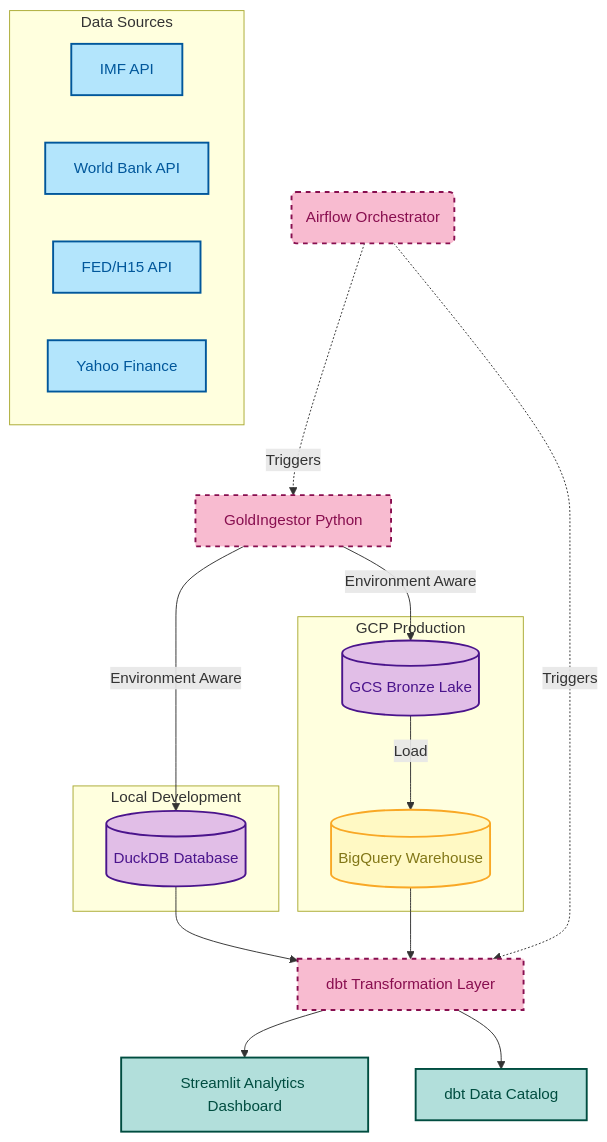
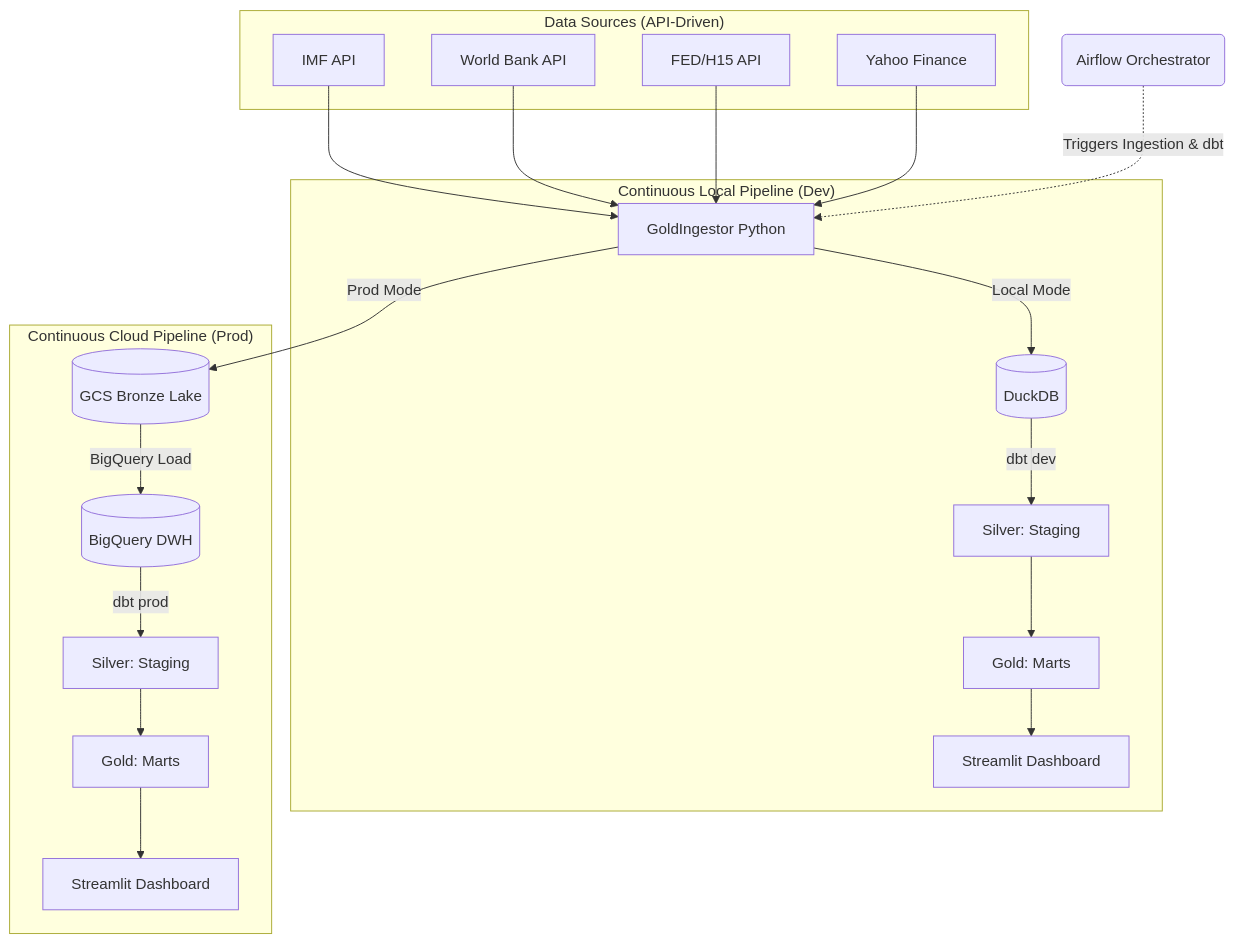
One commit to flo-kaiser/data_engineering_project changed the diagram in README.md. Above: the diagram before and after it, drawn with Mermaid. The commit also changed other lines of this file, not shown here.

Commit message:
docs: update readme structure and terminology

````diff
--- a/README.md
+++ b/README.md
@@ -23,39 +23,28 @@
 ```mermaid
 graph TD
-    classDef source fill:#b3e5fc,stroke:#01579b,stroke-width:2px,color:#01579b;
-    classDef lake fill:#e1bee7,stroke:#4a148c,stroke-width:2px,color:#4a148c;
-    classDef warehouse fill:#fff9c4,stroke:#f9a825,stroke-width:2px,color:#827717;
-    classDef orchestration fill:#f8bbd0,stroke:#880e4f,stroke-width:2px,color:#880e4f,stroke-dasharray: 5 5;
-    classDef viz fill:#b2dfdb,stroke:#004d40,stroke-width:2px,color:#004d40;
-
-    subgraph External_APIs [Data Sources]
-        IMF[IMF API]:::source
-        WB[World Bank API]:::source
-        FED[FED/H15 API]:::source
-        YF[Yahoo Finance]:::source
+    subgraph "Data Sources (API-Driven)"
+        IMF[IMF API]
+        WB[World Bank API]
+        FED[FED/H15 API]
+        YF[Yahoo Finance]
     end
 
-    IM[GoldIngestor Python]:::orchestration -- "Environment Aware" --> Local_DB
-    IM -- "Environment Aware" --> GCS
+    IMF & WB & FED & YF --> IM[GoldIngestor Python]
 
-    subgraph Local_Dev [Local Development]
-        Local_DB[(DuckDB Database)]:::lake
+    subgraph "Continuous Local Pipeline (Dev)"
+        IM -- "Local Mode" --> Local_DB[(DuckDB)]
+        Local_DB -- "dbt dev" --> STG_L[Silver: Staging]
+        STG_L --> GOLD_L[Gold: Marts]
+        GOLD_L --> SL_L[Streamlit Dashboard]
     end
 
-    subgraph GCP_Cloud [GCP Production]
-        GCS[(GCS Bronze Lake)]:::lake
-        BQ[(BigQuery Warehouse)]:::warehouse
+    subgraph "Continuous Cloud Pipeline (Prod)"
+        IM -- "Prod Mode" --> GCS[(GCS Bronze Lake)]
+        GCS -- "BigQuery Load" --> BQ[(BigQuery DWH)]
+        BQ -- "dbt prod" --> STG_C[Silver: Staging]
+        STG_C --> GOLD_C[Gold: Marts]
+        GOLD_C --> SL_C[Streamlit Dashboard]
     end
 
-    DBT[dbt Transformation Layer]:::orchestration
-    
-    Local_DB --> DBT
-    BQ --> DBT
-    GCS -- "Load" --> BQ
-
-    DBT --> SL[Streamlit Analytics Dashboard]:::viz
-    DBT --> Docs[dbt Data Catalog]:::viz
-
-    Airflow(Airflow Orchestrator):::orchestration -. "Triggers" .-> IM
-    Airflow -. "Triggers" .-> DBT
+    Airflow(Airflow Orchestrator) -. "Triggers Ingestion & dbt" .-> IM
 ```
````
